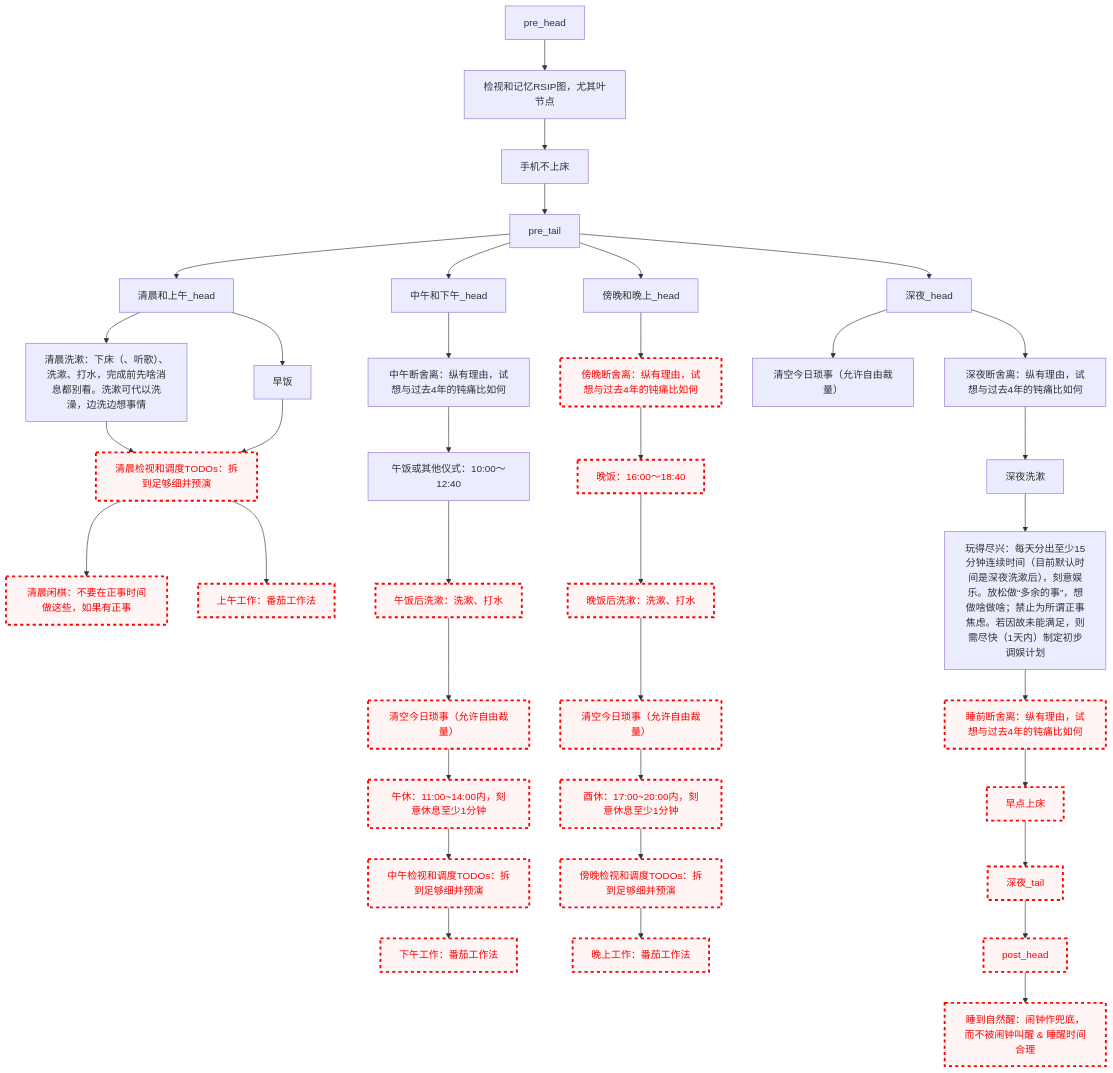
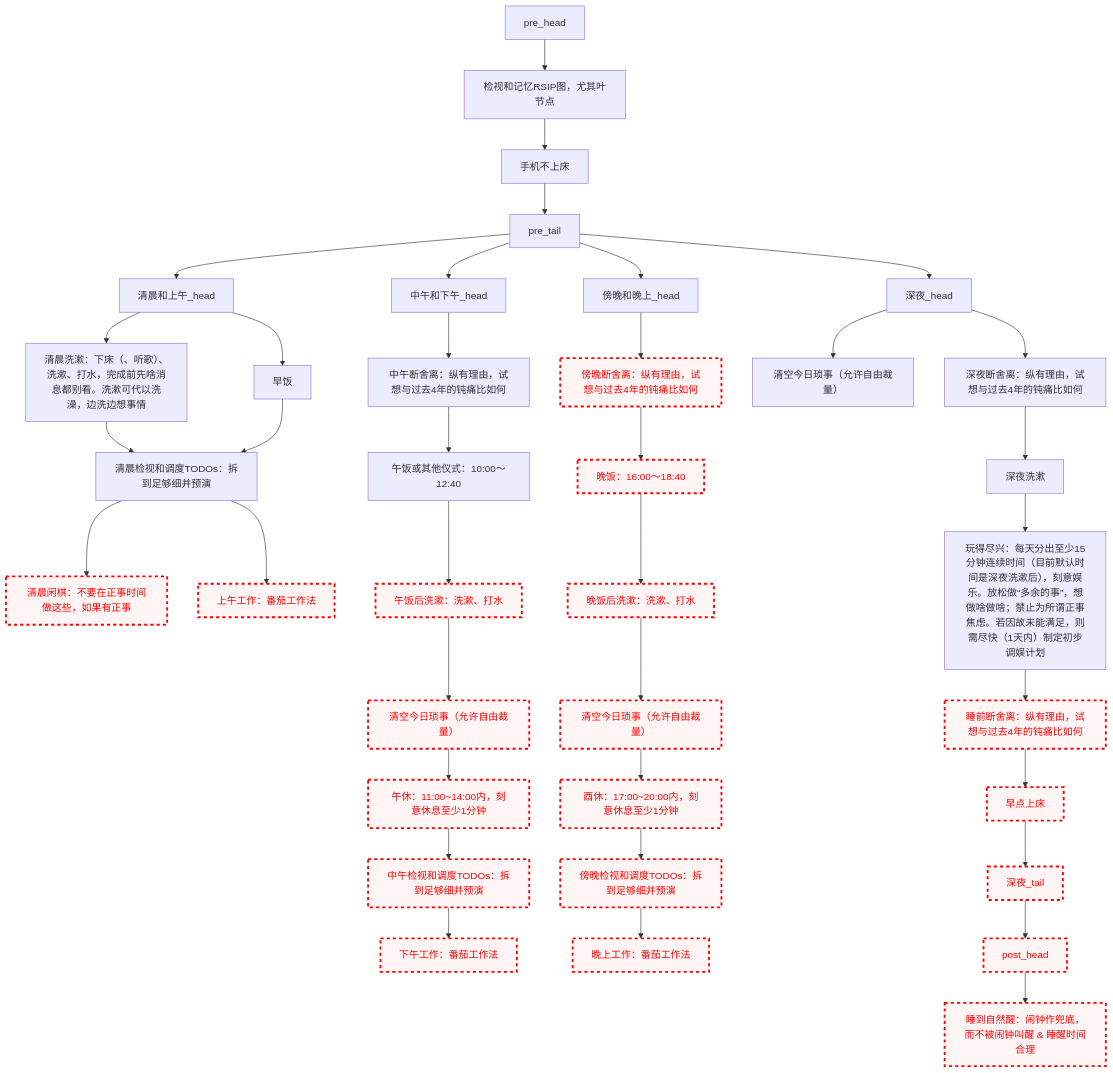
The diagram in README.md (Ethkuil/RSIP-tree), drawn with Mermaid before and after one commit.

Commit message:
enable 清晨看TODO

````diff
--- a/README.md
+++ b/README.md
@@ -21,69 +21,68 @@
 ```mermaid
 graph TD
 
 classDef failed stroke:#ff0000, stroke-width:3px, color:#ff0000, fill:#fff5f5, stroke-dasharray: 5
 
 pre_head --> RSIP[检视和记忆RSIP图，尤其叶节点]
 RSIP --> 手机不上床
 手机不上床 --> pre_tail
 
 
 pre_tail --> 清晨和上午_head
 清晨和上午_head --> 清晨洗漱[清晨洗漱：下床（、听歌）、洗漱、打水，完成前先啥消息都别看。洗漱可代以洗澡，边洗边想事情]
 清晨和上午_head --> 早饭
 清晨洗漱 --> 清晨看TODO[清晨检视和调度TODOs：拆到足够细并预演]
 早饭 --> 清晨看TODO
-class 清晨看TODO failed
 清晨看TODO --> 清晨闲棋[清晨闲棋：不要在正事时间做这些，如果有正事]
 class 清晨闲棋 failed
 清晨看TODO --> 上午工作[上午工作：番茄工作法]
 class 上午工作 failed
 
 pre_tail --> 中午和下午_head
 中午和下午_head --> 中午断舍离[中午断舍离：纵有理由，试想与过去4年的钝痛比如何]
 中午断舍离 --> 午饭[午饭或其他仪式：10:00～12:40]
 午饭 --> 午饭后洗漱[午饭后洗漱：洗漱、打水]
 class 午饭后洗漱 failed
 午饭后洗漱 --> 中午今日琐事[清空今日琐事（允许自由裁量）]
 class 中午今日琐事 failed
 中午今日琐事 --> 午休[午休：11:00~14:00内，刻意休息至少1分钟]
 class 午休 failed
 午休 --> 中午看TODO[中午检视和调度TODOs：拆到足够细并预演]
 class 中午看TODO failed
 中午看TODO --> 下午工作[下午工作：番茄工作法]
 class 下午工作 failed
 
 pre_tail --> 傍晚和晚上_head
 傍晚和晚上_head --> 傍晚断舍离[傍晚断舍离：纵有理由，试想与过去4年的钝痛比如何]
 class 傍晚断舍离 failed
 傍晚断舍离 --> 晚饭[晚饭：16:00～18:40]
 class 晚饭 failed
 晚饭 --> 晚饭后洗漱[晚饭后洗漱：洗漱、打水]
 class 晚饭后洗漱 failed
 晚饭后洗漱 --> 傍晚今日琐事[清空今日琐事（允许自由裁量）]
 class 傍晚今日琐事 failed
 傍晚今日琐事 --> 酉休[酉休：17:00~20:00内，刻意休息至少1分钟]
 class 酉休 failed
 酉休 --> 傍晚看TODO[傍晚检视和调度TODOs：拆到足够细并预演]
 class 傍晚看TODO failed
 傍晚看TODO --> 晚上工作[晚上工作：番茄工作法]
 class 晚上工作 failed
 
 pre_tail --> 深夜_head
 深夜_head --> 深夜今日琐事[清空今日琐事（允许自由裁量）]
 深夜_head --> 深夜断舍离[深夜断舍离：纵有理由，试想与过去4年的钝痛比如何]
 深夜断舍离 --> 深夜洗漱
 深夜洗漱 --> 玩得尽兴[玩得尽兴：每天分出至少15分钟连续时间（目前默认时间是深夜洗漱后），刻意娱乐。放松做“多余的事”，想做啥做啥；禁止为所谓正事焦虑。若因故未能满足，则需尽快（1天内）制定初步调娱计划]
 玩得尽兴 --> 睡前断舍离[睡前断舍离：纵有理由，试想与过去4年的钝痛比如何]
 class 睡前断舍离 failed
 睡前断舍离 --> 早点上床
 class 早点上床 failed
 早点上床 --> 深夜_tail
 class 深夜_tail failed
 
 
 深夜_tail --> post_head
 class post_head failed
 post_head --> 睡到自然醒[睡到自然醒：闹钟作兜底，而不被闹钟叫醒 & 睡醒时间合理]
 class 睡到自然醒 failed
 ```
````
